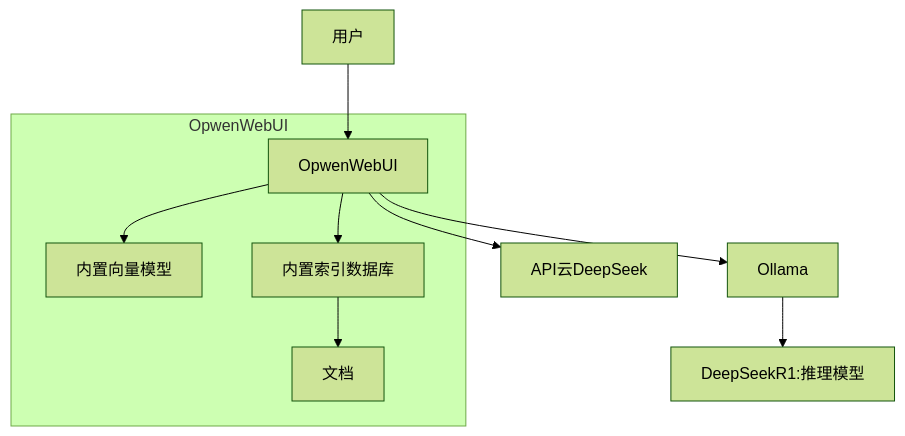
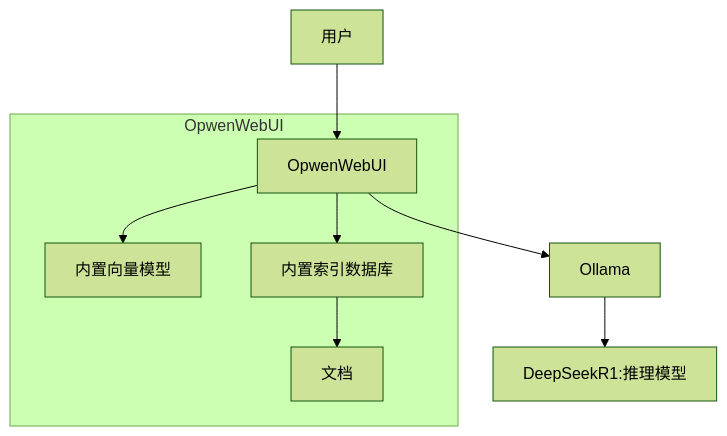
The diagram in README.md (lich-wang/gitbook), drawn with Mermaid (forest theme) before and after one commit. The commit also changed other lines of this file and 1 other file, not shown here.

````diff
--- a/README.md
+++ b/README.md
@@ -11,13 +55,12 @@
 ```mermaid
- graph 
- A[用户] --> B[OpwenWebUI]
- subgraph OpwenWebUI
- B --> C[内置向量模型]
- B --> D[内置索引数据库]
- D--> E[文档]
- end
- B --> F[API云DeepSeek]
- B --> G[Ollama]
- G --> H[DeepSeekR1:推理模型]
+graph 
+A[用户] --> B[OpwenWebUI]
+subgraph OpwenWebUI
+B --> C[内置向量模型]
+B --> D[内置索引数据库]
+D--> E[文档]
+end
+B --> G[Ollama]
+G --> H[DeepSeekR1:推理模型]
  
 ```
````
